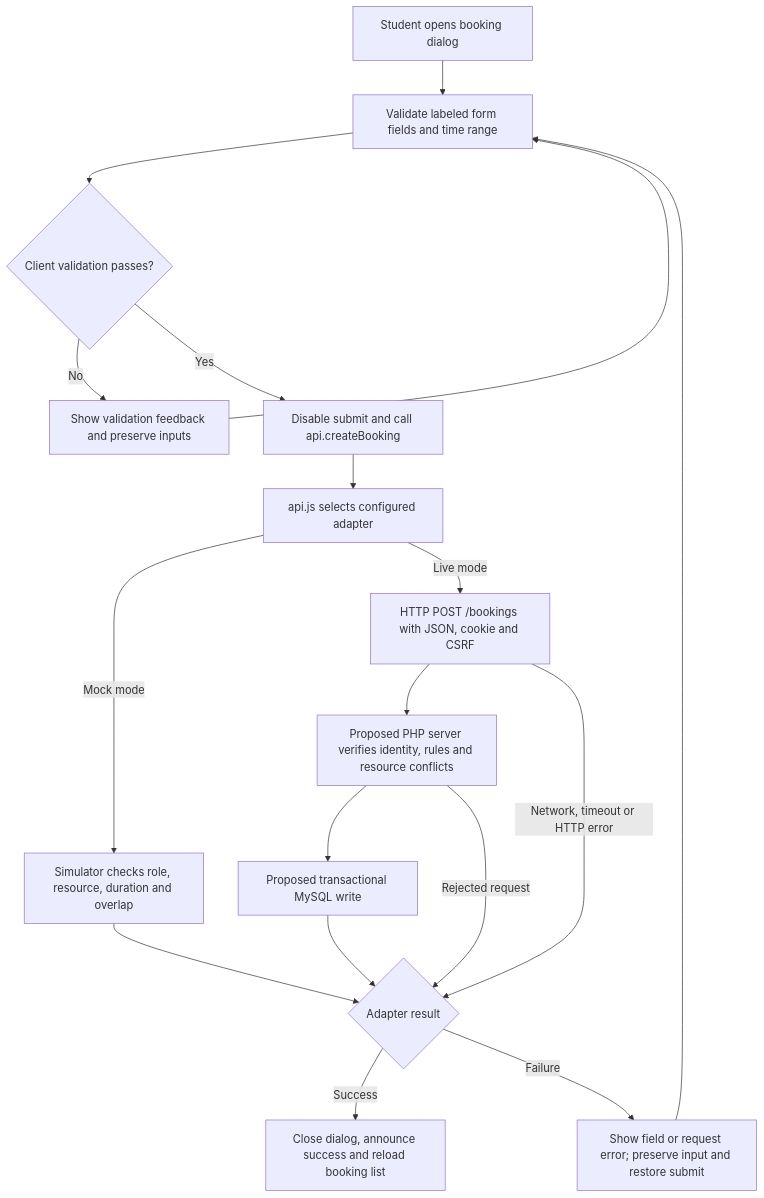
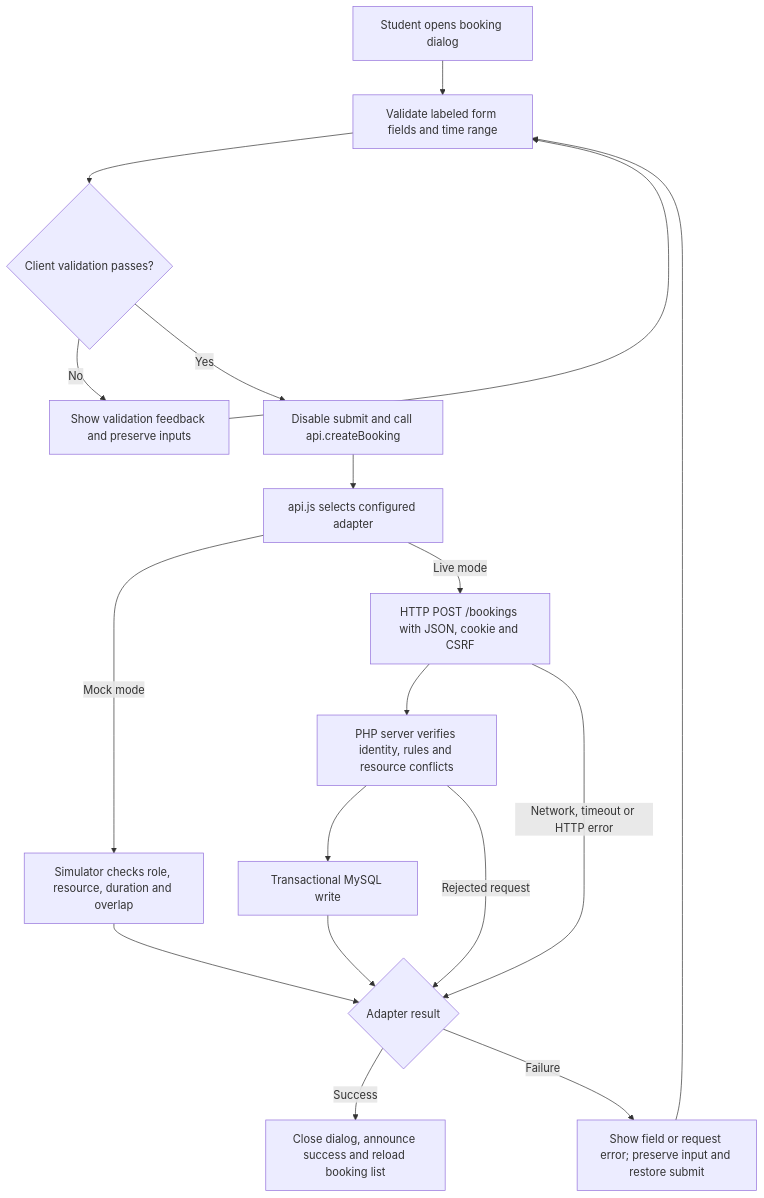
One commit to Ckstr-arch/NewProject changed the third of 3 diagrams in nsbm-sportshub-frontend/docs/ARCHITECTURE.md. Above: the diagram before and after it, drawn with Mermaid. The commit also changed other lines of this file and 62 other files, not shown here.

Commit message:
Implement PHP/MySQL backend and live frontend integration

````diff
--- a/nsbm-sportshub-frontend/docs/ARCHITECTURE.md
+++ b/nsbm-sportshub-frontend/docs/ARCHITECTURE.md
@@ -118,20 +118,20 @@
 ```mermaid
 flowchart TD
     A[Student opens booking dialog] --> B[Validate labeled form fields and time range]
     B --> C{Client validation passes?}
     C -->|No| D[Show validation feedback and preserve inputs]
     D --> B
     C -->|Yes| E[Disable submit and call api.createBooking]
     E --> F[api.js selects configured adapter]
     F -->|Mock mode| G[Simulator checks role, resource, duration and overlap]
     F -->|Live mode| H[HTTP POST /bookings with JSON, cookie and CSRF]
-    H --> I[Proposed PHP server verifies identity, rules and resource conflicts]
-    I --> J[Proposed transactional MySQL write]
+    H --> I[PHP server verifies identity, rules and resource conflicts]
+    I --> J[Transactional MySQL write]
     G --> K{Adapter result}
     J --> K
     H -->|Network, timeout or HTTP error| K
     I -->|Rejected request| K
     K -->|Success| L[Close dialog, announce success and reload booking list]
     K -->|Failure| M[Show field or request error; preserve input and restore submit]
     M --> B
 ```
````
